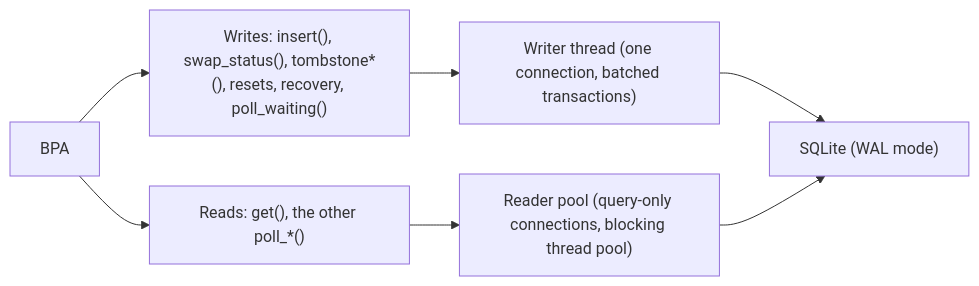
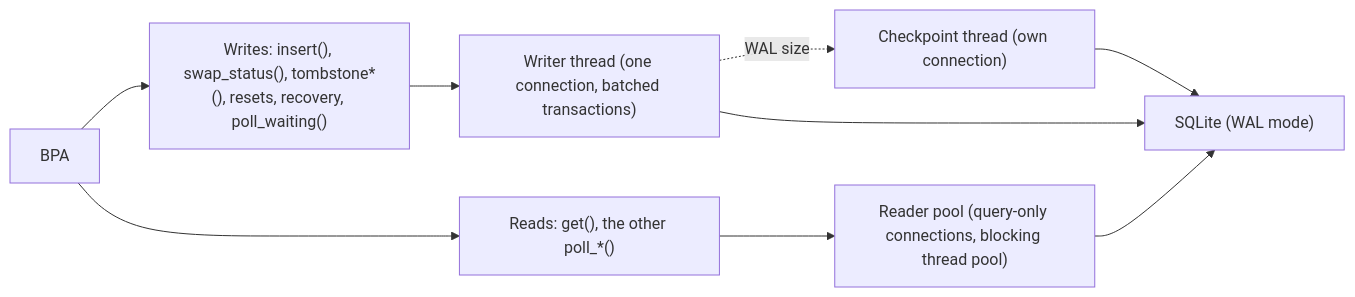
Before and after one commit to ricktaylor/hardy: the diagram in sqlite-storage/docs/design.md, drawn with Mermaid. The commit also changed other lines of this file and 10 other files, not shown here.

````diff
--- a/sqlite-storage/docs/design.md
+++ b/sqlite-storage/docs/design.md
@@ -21,8 +21,9 @@
 ```mermaid
 flowchart LR
     BPA --> writes["Writes: insert(), swap_status(), tombstone*(), resets, recovery, poll_waiting()"]
     BPA --> reads["Reads: get(), the other poll_*()"]
     writes --> writer["Writer thread (one connection, batched transactions)"]
     reads --> readers["Reader pool (query-only connections, blocking thread pool)"]
-    writer & readers --> sqlite["SQLite (WAL mode)"]
+    writer -. "WAL size" .-> checkpoint["Checkpoint thread (own connection)"]
+    writer & readers & checkpoint --> sqlite["SQLite (WAL mode)"]
 ```
````
